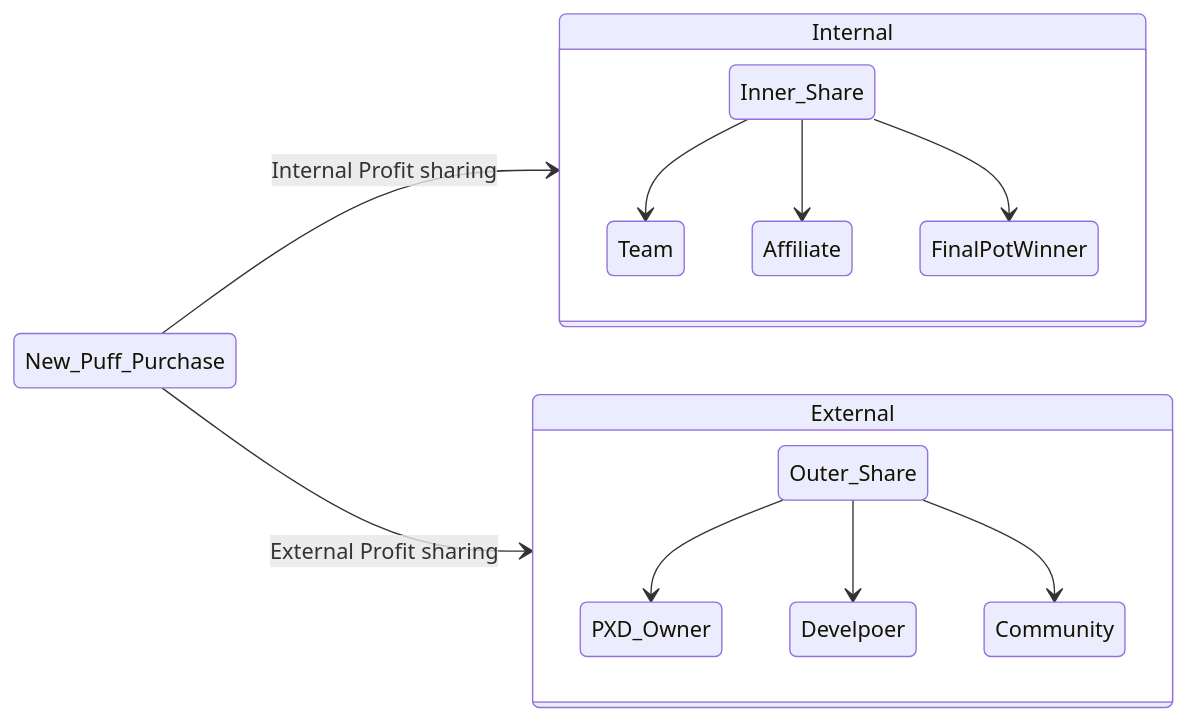
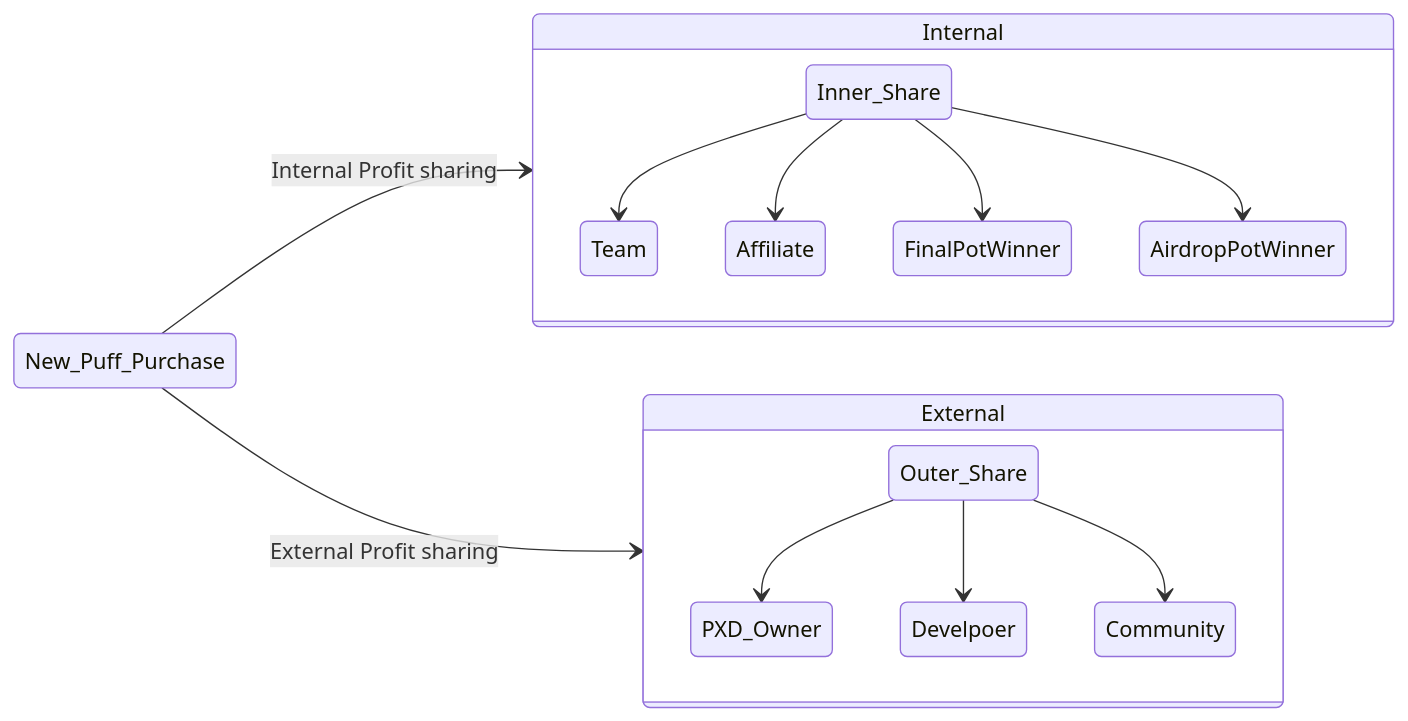
The fourth of 6 diagrams in README.md (0x171-0/FoMoXD), drawn with Mermaid before and after one commit. The commit also changed other lines of this file and 3 other files, not shown here.

````diff
--- a/README.md
+++ b/README.md
@@ -114,17 +116,18 @@
 ```mermaid
 stateDiagram
     direction LR
     New_Puff_Purchase --> Internal: Internal Profit sharing 
     state Internal{
       Inner_Share  --> Team
       Inner_Share  --> Affiliate
       Inner_Share  --> FinalPotWinner
+      Inner_Share  --> AirdropPotWinner
     }
 
     New_Puff_Purchase --> External: External Profit sharing 
     state External{
       Outer_Share  --> PXD_Owner
       Outer_Share  --> Develpoer
       Outer_Share  --> Community
     }
 ```
````
